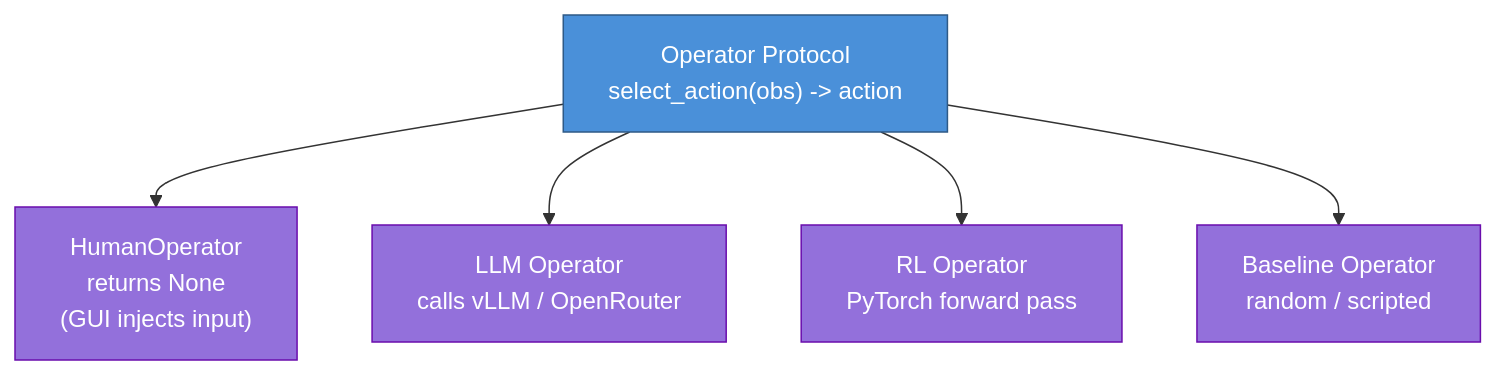
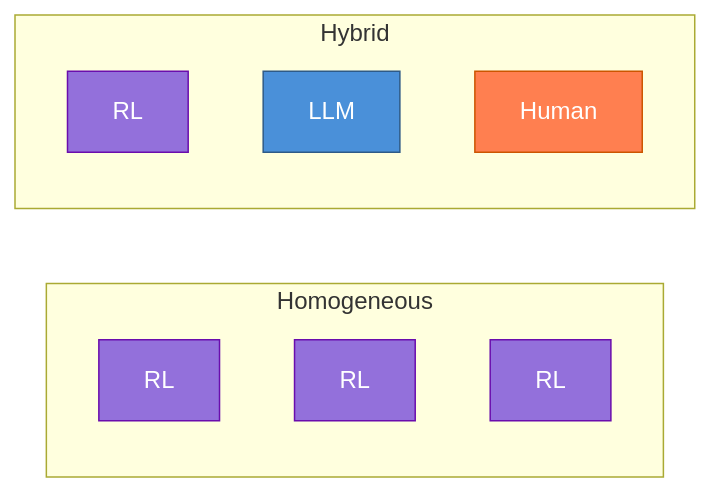
The diagram in docs/source/documents/architecture/operators/concept.rst (Abdulhamid97Mousa/mosaic), drawn with Mermaid before and after one commit. The commit also changed other lines of this file and 21 other files, not shown here.

```diff
--- a/docs/source/documents/architecture/operators/concept.rst
+++ b/docs/source/documents/architecture/operators/concept.rst
@@ -77,20 +49,21 @@
 .. mermaid::
 
-   graph TB
-       PROTO["Operator Protocol<br/>select_action(obs) -> action"]
+   graph LR
+       subgraph "Homogeneous"
+           H1["RL"]
+           H2["RL"]
+           H3["RL"]
+       end
 
-       HUMAN["HumanOperator<br/>returns None<br/>(GUI injects input)"]
-       LLM["LLM Operator<br/>calls vLLM / OpenRouter"]
-       RL["RL Operator<br/>PyTorch forward pass"]
-       BASE["Baseline Operator<br/>random / scripted"]
+       subgraph "Hybrid"
+           X1["RL"]
+           X2["LLM"]
+           X3["Human"]
+       end
 
-       PROTO --> HUMAN
-       PROTO --> LLM
-       PROTO --> RL
-       PROTO --> BASE
-
-       style PROTO fill:#4a90d9,stroke:#2e5a87,color:#fff
-       style HUMAN fill:#9370db,stroke:#6a0dad,color:#fff
-       style LLM fill:#9370db,stroke:#6a0dad,color:#fff
-       style RL fill:#9370db,stroke:#6a0dad,color:#fff
-       style BASE fill:#9370db,stroke:#6a0dad,color:#fff
+       style H1 fill:#9370db,stroke:#6a0dad,color:#fff
+       style H2 fill:#9370db,stroke:#6a0dad,color:#fff
+       style H3 fill:#9370db,stroke:#6a0dad,color:#fff
+       style X1 fill:#9370db,stroke:#6a0dad,color:#fff
+       style X2 fill:#4a90d9,stroke:#2e5a87,color:#fff
+       style X3 fill:#ff7f50,stroke:#cc5500,color:#fff
```
